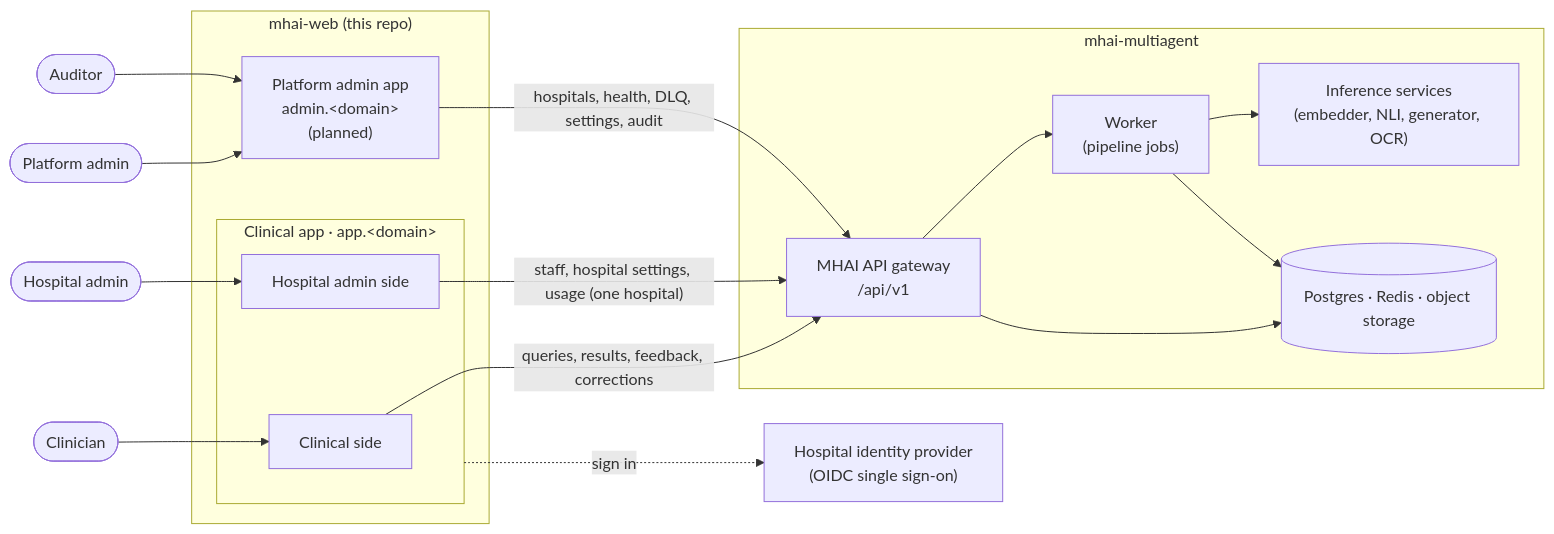
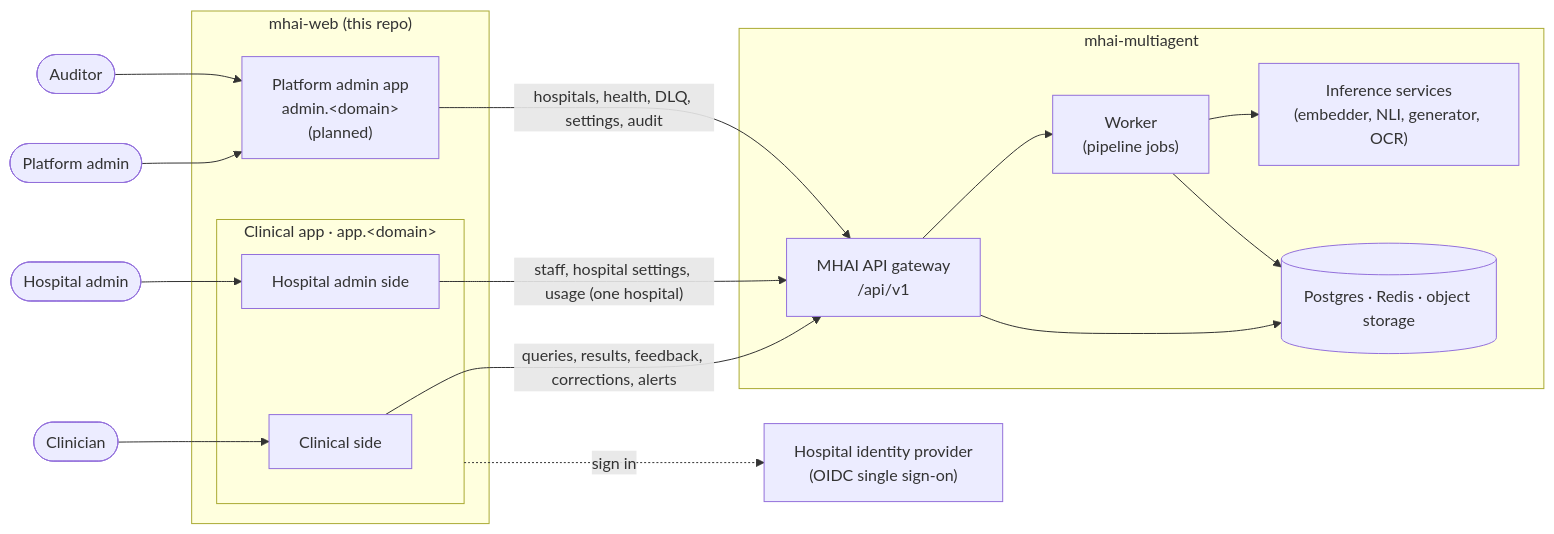
One commit to Measured-Health/mhai-web changed the first of 10 diagrams in ARCHITECTURE.md. Above: the diagram before and after it, drawn with Mermaid. The commit also changed other lines of this file and 7 other files, not shown here.

````diff
--- a/ARCHITECTURE.md
+++ b/ARCHITECTURE.md
@@ -27,36 +27,36 @@
 ```mermaid
 flowchart LR
     clin([Clinician])
     hadm([Hospital admin])
     padm([Platform admin])
     aud([Auditor])
 
     subgraph web["mhai-web (this repo)"]
         subgraph capp["Clinical app · app.&lt;domain&gt;"]
             cside["Clinical side"]
             hside["Hospital admin side"]
         end
         aapp["Platform admin app<br/>admin.&lt;domain&gt;<br/>(planned)"]
     end
 
     idp["Hospital identity provider<br/>(OIDC single sign-on)"]
 
     subgraph api["mhai-multiagent"]
         gw["MHAI API gateway<br/>/api/v1"]
         wk["Worker<br/>(pipeline jobs)"]
         inf["Inference services<br/>(embedder, NLI, generator, OCR)"]
         db[("Postgres · Redis · object storage")]
     end
 
     clin --> cside
     hadm --> hside
     padm --> aapp
     aud --> aapp
-    cside -- "queries, results, feedback, corrections" --> gw
+    cside -- "queries, results, feedback, corrections, alerts" --> gw
     hside -- "staff, hospital settings, usage (one hospital)" --> gw
     aapp -- "hospitals, health, DLQ, settings, audit" --> gw
     capp -. "sign in" .-> idp
     gw --> wk --> inf
     gw --> db
     wk --> db
 ```
````
